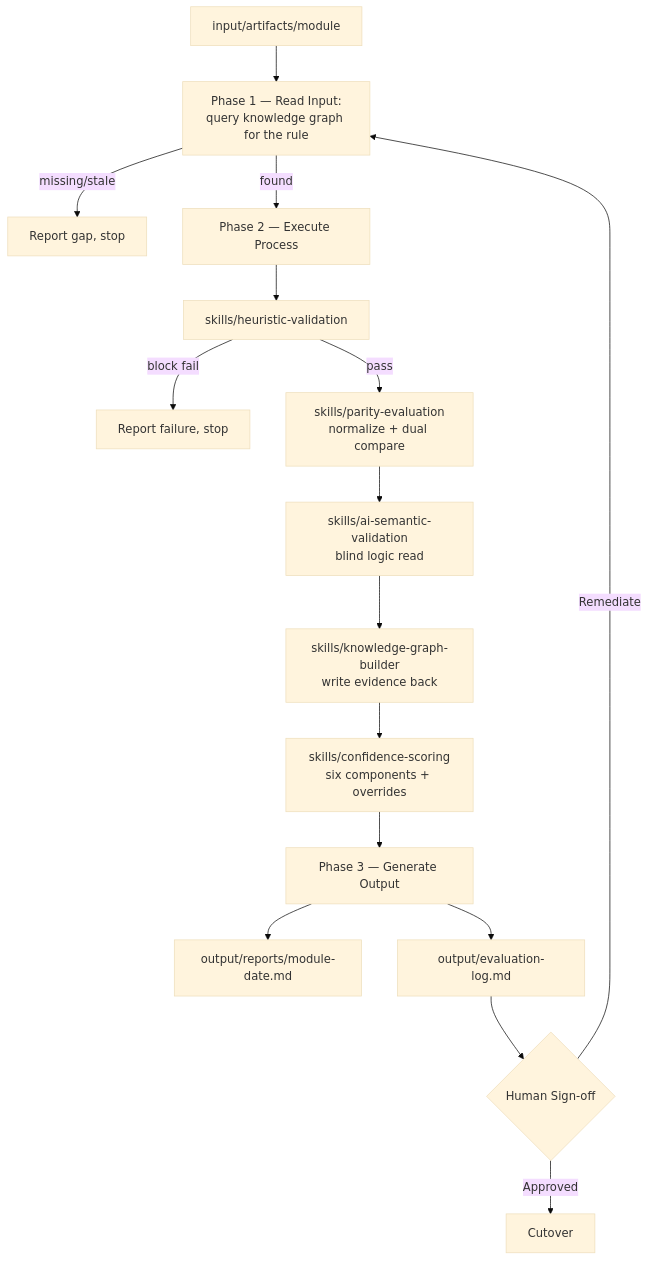
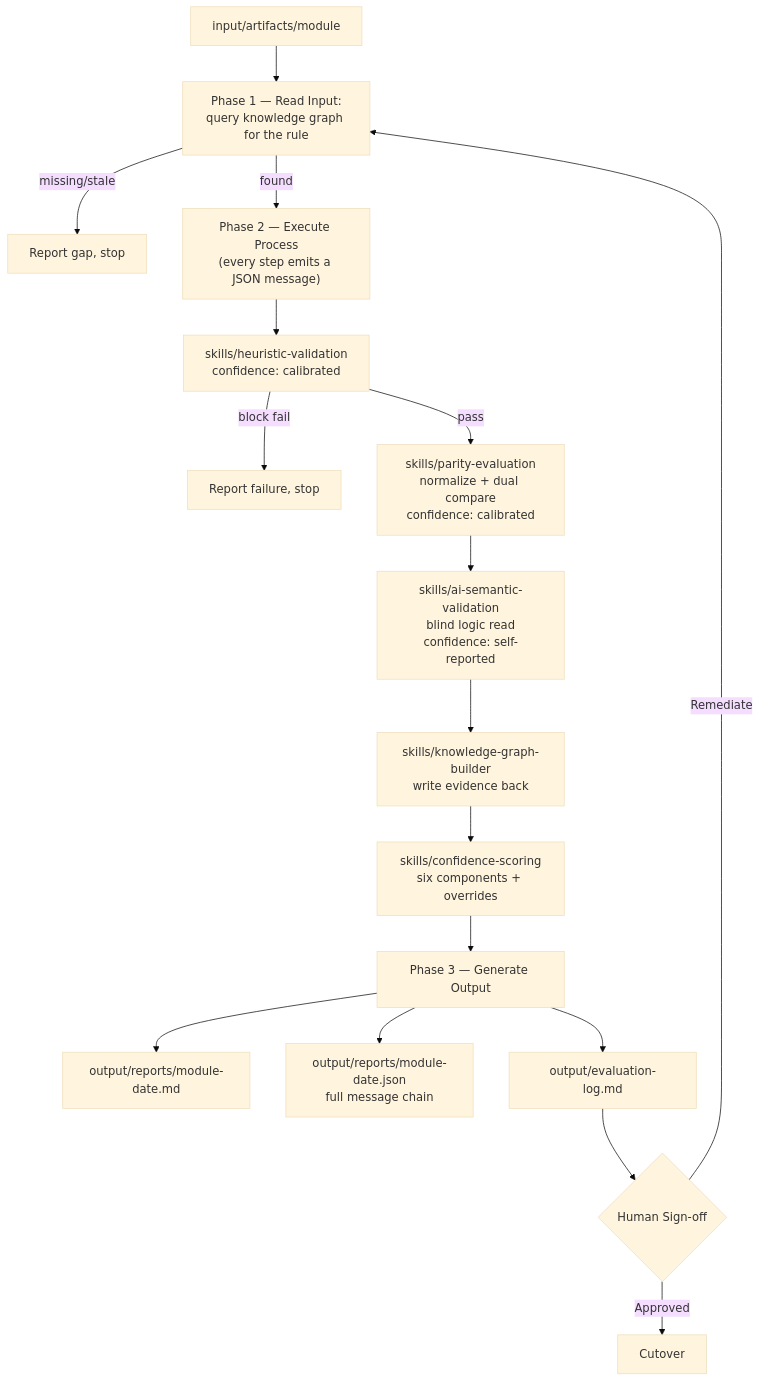
One commit to MAY2704/parity_check changed the diagram in README.md. Above: the diagram before and after it, drawn with Mermaid (base theme). The commit also changed other lines of this file and 16 other files, not shown here.

````diff
--- a/README.md
+++ b/README.md
@@ -7,18 +9,19 @@
 ```mermaid
 flowchart TD
     A[input/artifacts/module] --> B["Phase 1 — Read Input:<br/>query knowledge graph for the rule"]
     B -->|missing/stale| STOP1[Report gap, stop]
-    B -->|found| C["Phase 2 — Execute Process"]
-    C --> D[skills/heuristic-validation]
+    B -->|found| C["Phase 2 — Execute Process<br/>(every step emits a JSON message)"]
+    C --> D[skills/heuristic-validation<br/>confidence: calibrated]
     D -->|block fail| STOP2[Report failure, stop]
-    D -->|pass| E[skills/parity-evaluation<br/>normalize + dual compare]
-    E --> F[skills/ai-semantic-validation<br/>blind logic read]
+    D -->|pass| E[skills/parity-evaluation<br/>normalize + dual compare<br/>confidence: calibrated]
+    E --> F[skills/ai-semantic-validation<br/>blind logic read<br/>confidence: self-reported]
     F --> G[skills/knowledge-graph-builder<br/>write evidence back]
     G --> H[skills/confidence-scoring<br/>six components + overrides]
     H --> I["Phase 3 — Generate Output"]
     I --> J[output/reports/module-date.md]
-    I --> K[output/evaluation-log.md]
-    K --> L{Human Sign-off}
-    L -->|Approved| M[Cutover]
-    L -->|Remediate| B
+    I --> K[output/reports/module-date.json<br/>full message chain]
+    I --> L[output/evaluation-log.md]
+    L --> M{Human Sign-off}
+    M -->|Approved| N[Cutover]
+    M -->|Remediate| B
 ```
````
